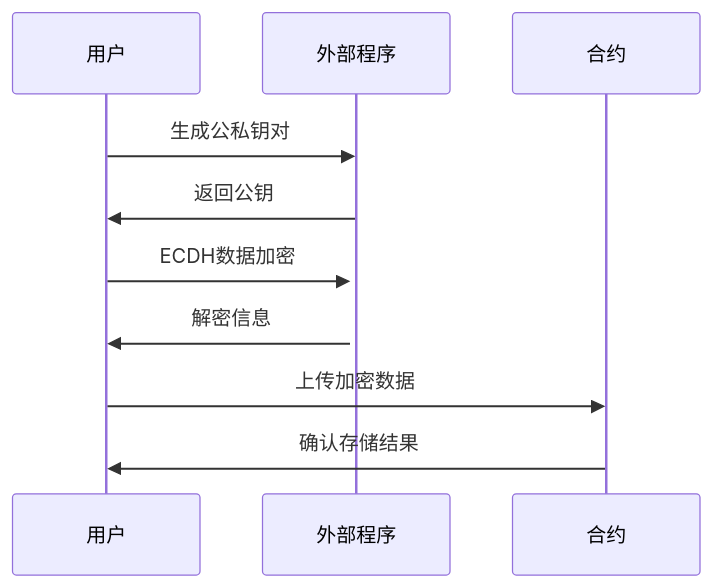
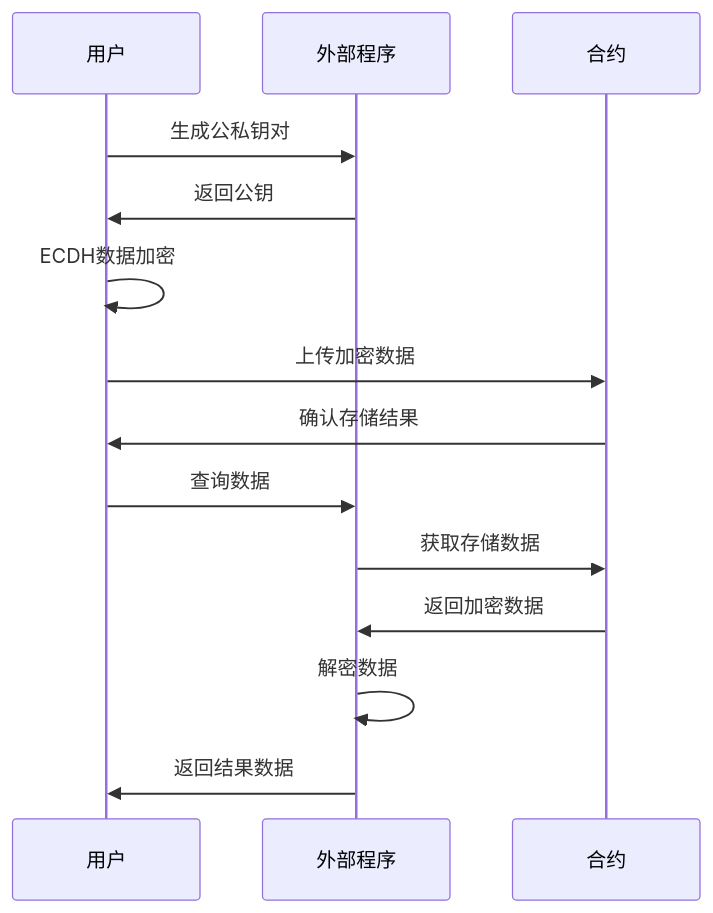
The third of 5 diagrams in doc/合约存取共享.md (MoyunRz/store-data), drawn with Mermaid before and after one commit. The commit also changed 1 other file, not shown here.

Commit message:
修改时序图

````diff
--- a/doc/合约存取共享.md
+++ b/doc/合约存取共享.md
@@ -45,14 +45,18 @@
 ```mermaid
 sequenceDiagram
     participant 用户
     participant 外部程序
     participant 合约
 
     用户->>外部程序: 生成公私钥对
     外部程序->>用户: 返回公钥
-    用户->>+外部程序: ECDH数据加密
-    外部程序->>用户: 解密信息
+    用户->>用户: ECDH数据加密
     用户->>合约: 上传加密数据
     合约->>用户: 确认存储结果
-
+    用户->>外部程序: 查询数据
+    外部程序->>合约: 获取存储数据
+    合约->>外部程序: 返回加密数据
+    外部程序->>外部程序:解密数据
+    外部程序->>用户:返回结果数据
+   
 ```
````
